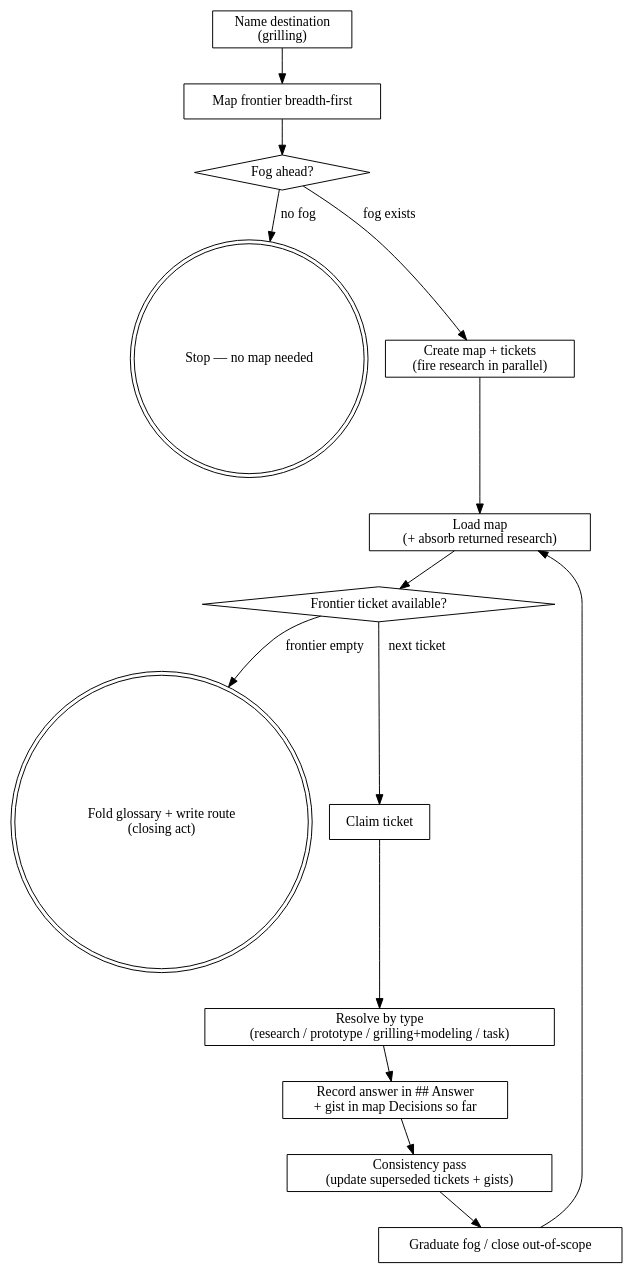
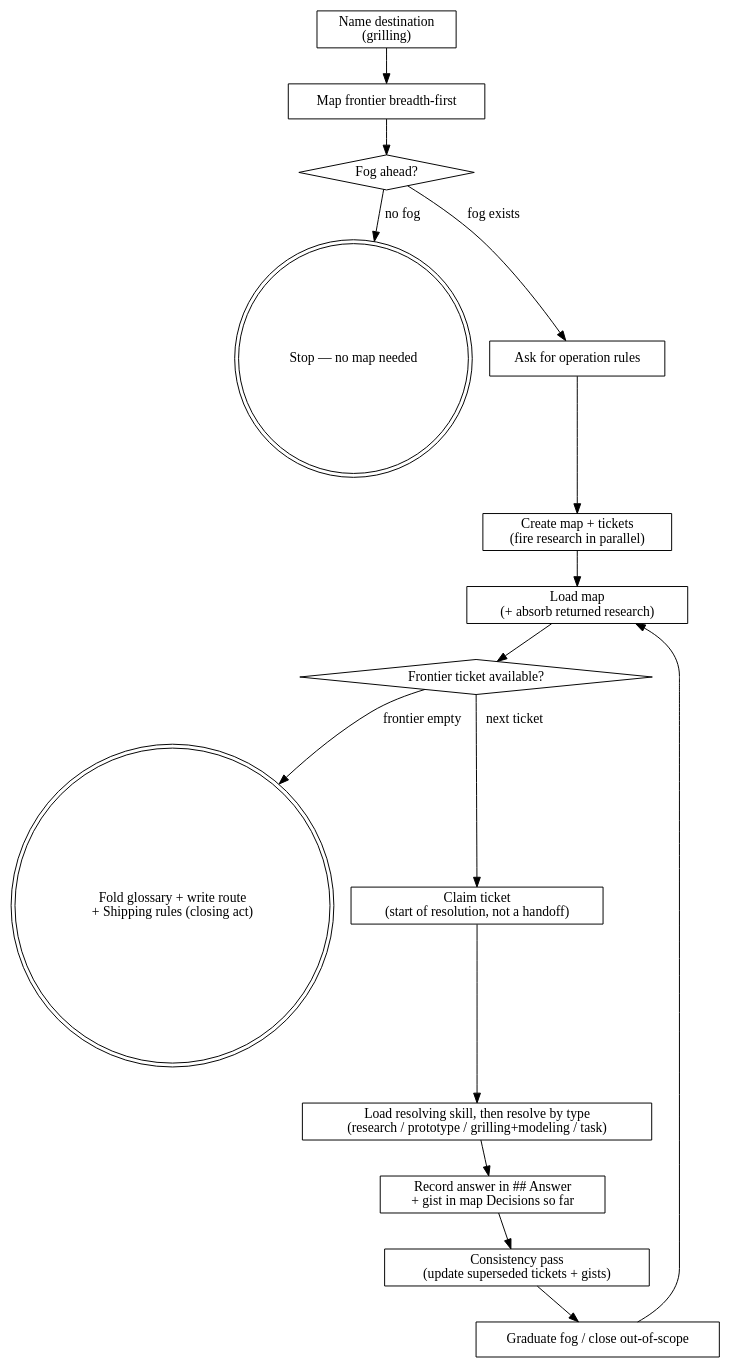
Before and after one commit to caiorcferreira/hamilton: the diagram in skills/hamilton-wayfinder/SKILL.md, drawn with Graphviz. The commit also changed other lines of this file and 22 other files, not shown here.

First line of the commit message:
Wayfinder branching and operation rules (#39)

````diff
--- a/skills/hamilton-wayfinder/SKILL.md
+++ b/skills/hamilton-wayfinder/SKILL.md
@@ -97,31 +98,33 @@
 ```dot
 digraph hamilton_wayfinder {
     "Name destination\n(grilling)" [shape=box];
     "Map frontier breadth-first" [shape=box];
     "Fog ahead?" [shape=diamond];
     "Stop — no map needed" [shape=doublecircle];
+    "Ask for operation rules" [shape=box];
     "Create map + tickets\n(fire research in parallel)" [shape=box];
     "Load map\n(+ absorb returned research)" [shape=box];
     "Frontier ticket available?" [shape=diamond];
-    "Fold glossary + write route\n(closing act)" [shape=doublecircle];
-    "Claim ticket" [shape=box];
-    "Resolve by type\n(research / prototype / grilling+modeling / task)" [shape=box];
+    "Fold glossary + write route\n+ Shipping rules (closing act)" [shape=doublecircle];
+    "Claim ticket\n(start of resolution, not a handoff)" [shape=box];
+    "Load resolving skill, then resolve by type\n(research / prototype / grilling+modeling / task)" [shape=box];
     "Record answer in ## Answer\n+ gist in map Decisions so far" [shape=box];
     "Consistency pass\n(update superseded tickets + gists)" [shape=box];
     "Graduate fog / close out-of-scope" [shape=box];
 
     "Name destination\n(grilling)" -> "Map frontier breadth-first";
     "Map frontier breadth-first" -> "Fog ahead?";
     "Fog ahead?" -> "Stop — no map needed" [label="no fog"];
-    "Fog ahead?" -> "Create map + tickets\n(fire research in parallel)" [label="fog exists"];
+    "Fog ahead?" -> "Ask for operation rules" [label="fog exists"];
+    "Ask for operation rules" -> "Create map + tickets\n(fire research in parallel)";
     "Create map + tickets\n(fire research in parallel)" -> "Load map\n(+ absorb returned research)";
     "Load map\n(+ absorb returned research)" -> "Frontier ticket available?";
-    "Frontier ticket available?" -> "Fold glossary + write route\n(closing act)" [label="frontier empty"];
-    "Frontier ticket available?" -> "Claim ticket" [label="next ticket"];
-    "Claim ticket" -> "Resolve by type\n(research / prototype / grilling+modeling / task)";
-    "Resolve by type\n(research / prototype / grilling+modeling / task)" -> "Record answer in ## Answer\n+ gist in map Decisions so far";
+    "Frontier ticket available?" -> "Fold glossary + write route\n+ Shipping rules (closing act)" [label="frontier empty"];
+    "Frontier ticket available?" -> "Claim ticket\n(start of resolution, not a handoff)" [label="next ticket"];
+    "Claim ticket\n(start of resolution, not a handoff)" -> "Load resolving skill, then resolve by type\n(research / prototype / grilling+modeling / task)";
+    "Load resolving skill, then resolve by type\n(research / prototype / grilling+modeling / task)" -> "Record answer in ## Answer\n+ gist in map Decisions so far";
     "Record answer in ## Answer\n+ gist in map Decisions so far" -> "Consistency pass\n(update superseded tickets + gists)";
     "Consistency pass\n(update superseded tickets + gists)" -> "Graduate fog / close out-of-scope";
     "Graduate fog / close out-of-scope" -> "Load map\n(+ absorb returned research)";
 }
 ```
````
